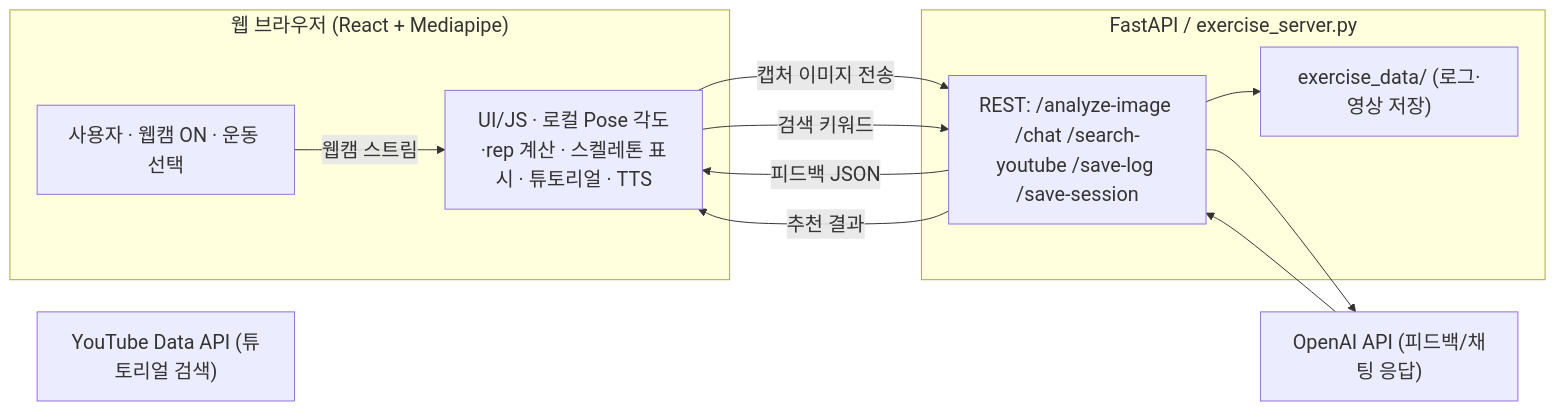
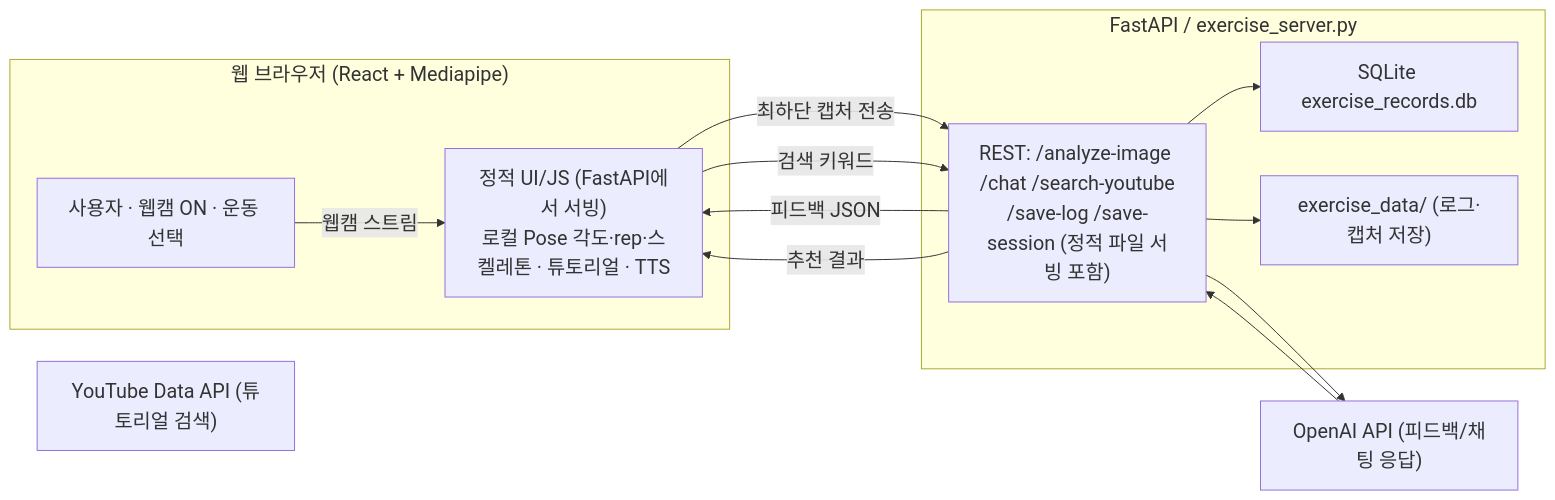
The diagram in README.md (KSLNOVA/ai01-2nd-2team-KSLNOVA), drawn with Mermaid before and after one commit. The commit also changed other lines of this file and 4 other files, not shown here.

````diff
--- a/README.md
+++ b/README.md
@@ -227,25 +231,27 @@
 ```mermaid
 %%{init: {'themeVariables': { 'fontSize': '20px' }, 'flowchart': { 'nodeSpacing': 45, 'rankSpacing': 55 }}}%%
 flowchart LR
 
     subgraph CLIENT["웹 브라우저 (React + Mediapipe)"]
         U["사용자 · 웹캠 ON · 운동 선택"]
-        UI["UI/JS · 로컬 Pose 각도·rep 계산 · 스켈레톤 표시 · 튜토리얼 · TTS"]
+        UI["정적 UI/JS (FastAPI에서 서빙)\n로컬 Pose 각도·rep·스켈레톤 · 튜토리얼 · TTS"]
     end
 
     subgraph SERVER["FastAPI / exercise_server.py"]
-        REST["REST: /analyze-image /chat /search-youtube /save-log /save-session"]
-        LOGS["exercise_data/ (로그·영상 저장)"]
+        REST["REST: /analyze-image /chat /search-youtube\n/save-log /save-session (정적 파일 서빙 포함)"]
+        DB["SQLite exercise_records.db"]
+        LOGS["exercise_data/ (로그·캡처 저장)"]
     end
 
     YT["YouTube Data API (튜토리얼 검색)"]
     OA["OpenAI API (피드백/채팅 응답)"]
 
     U -->|"웹캠 스트림"| UI
-    UI -->|"캡처 이미지 전송"| REST
+    UI -->|"최하단 캡처 전송"| REST
     REST --> OA --> REST
     REST -->|"피드백 JSON"| UI
     UI -->|"검색 키워드"| REST
     REST -->|"추천 결과"| UI
+    REST --> DB
     REST --> LOGS
 ```
````
